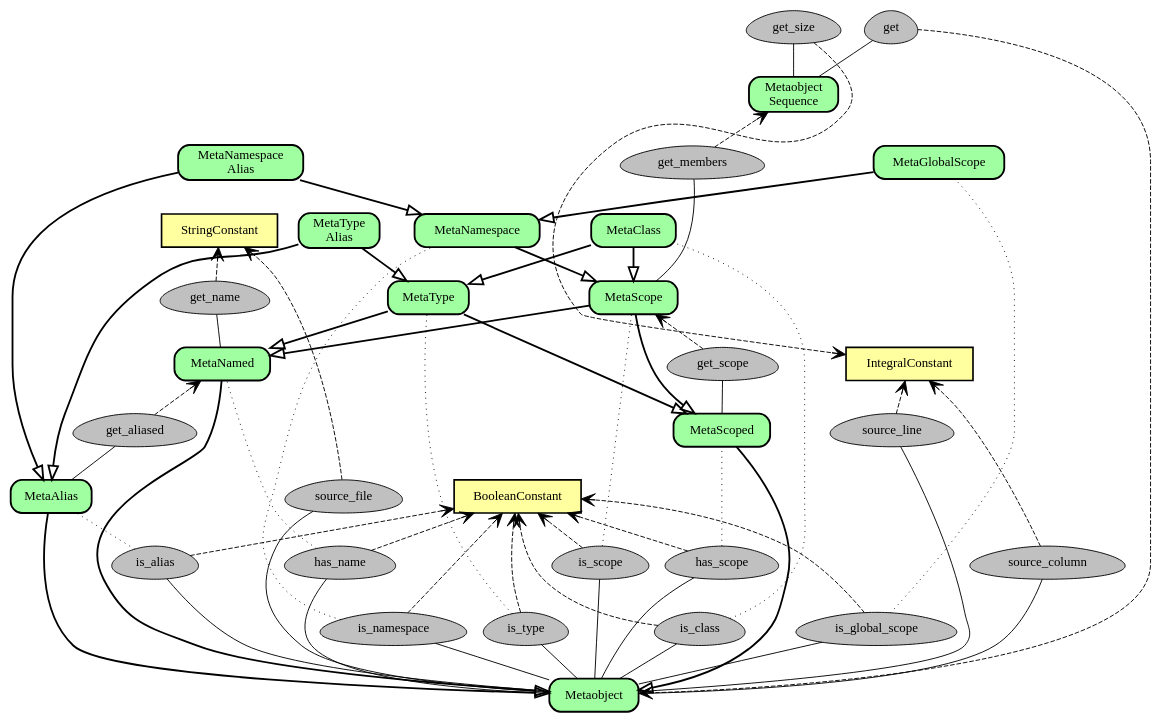
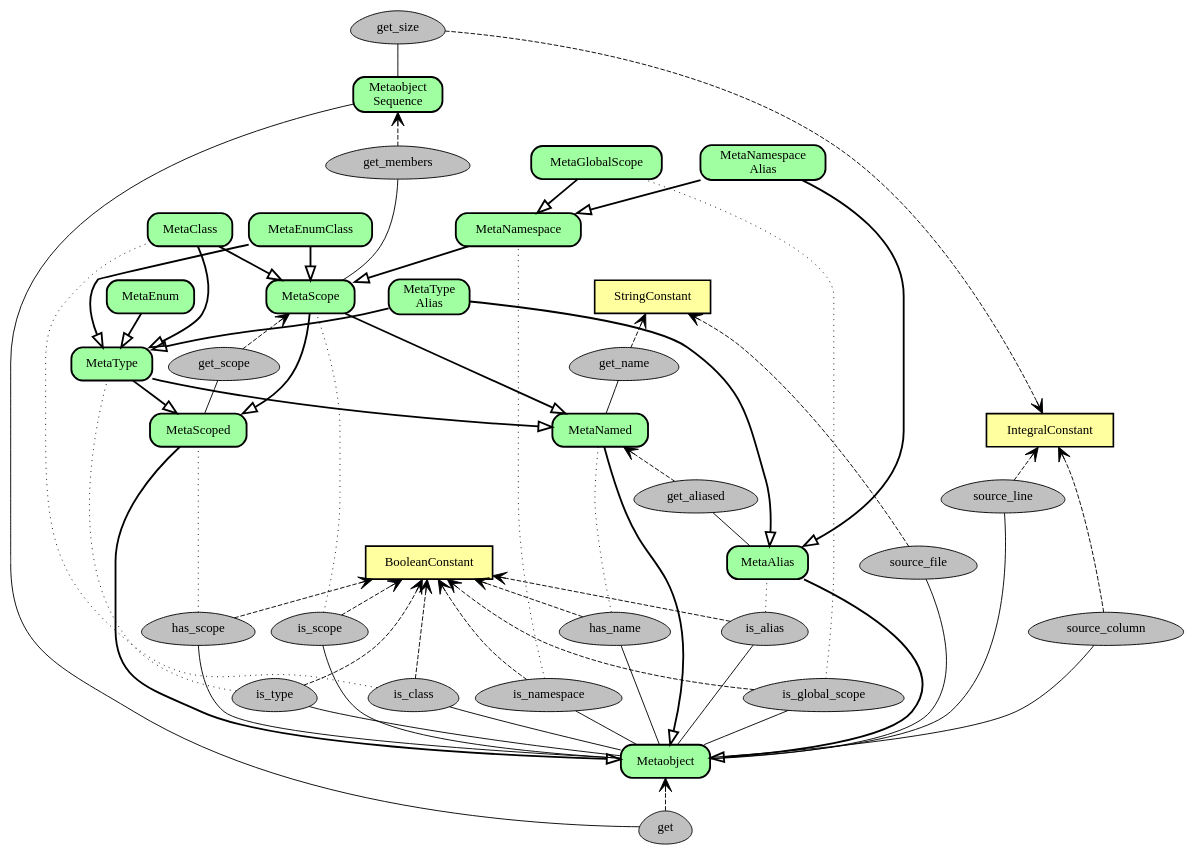
The diagram in doc/graphviz/reference.dot (matus-chochlik/std_cpp_refl), drawn with Graphviz before and after one commit.

Commit message:
Minor update in the reference

```diff
--- a/doc/graphviz/reference.dot
+++ b/doc/graphviz/reference.dot
@@ -1,139 +1,148 @@
 digraph metaobjects {
 	overlap=false
 	rankdir=BT
 	ranksep=0.5
 	maxiter=100000
 
 	subgraph {
 		node [penwidth=1.8,style="filled",shape="box",fillcolor="#ffffa0"]
 		StringConstant
 		IntegralConstant
 		BooleanConstant
 	}
 
 	node [penwidth=2,style="rounded,filled",shape="box",fillcolor="#a0ffa0"]
 	Metaobject 
 	MetaNamed
 	MetaScoped
 	MetaScope
 	MetaAlias
 	MetaNamespace
 	MetaNamespaceAlias [label="MetaNamespace\nAlias"]
 	MetaGlobalScope
 	MetaType
 	MetaTypeAlias [label="MetaType\nAlias"]
 	MetaClass
+	MetaEnum
+	MetaEnumClass
 
 	MetaobjectSequence [label="Metaobject\nSequence"]
 
 	node [penwidth=1,style="filled",shape="egg",fillcolor="#c0c0c0"]
 
 	subgraph {
 		rank=same
 		is_namespace
 		is_global_scope
 		is_type
 		is_class
 	}
 	subgraph {
 		rank=same
 		has_name
 		has_scope
 		is_scope
 		is_alias
 	}
 	subgraph {
 		source_file
 		source_line
 		source_column
 		source_file -> source_line [style="invisible",dir="none"]
 	}
 
 	is_namespace -> has_name [style="invisible",dir="none"]
 	has_name -> source_file [style="invisible",dir="none"]
 
 	get_name
 	get_scope
 	get_aliased
 	get_members
 	get_size
 	get
 
 	edge [penwidth=2,dir="both",arrowsize=1.5,arrowtail="onormal",arrowhead="none"]
 
 	Metaobject -> MetaNamed
 	Metaobject -> MetaScoped
 	Metaobject -> MetaAlias
 
 	MetaNamed -> MetaScope
 	MetaScoped -> MetaScope
 
 	MetaScope -> MetaNamespace
 	MetaNamespace -> MetaNamespaceAlias
 	MetaAlias -> MetaNamespaceAlias
 	MetaNamespace -> MetaGlobalScope
 
 	MetaNamed -> MetaType
 	MetaScoped -> MetaType
 	MetaType -> MetaTypeAlias
 	MetaAlias -> MetaTypeAlias
 
+	MetaType -> MetaScope [style="invisible",dir="none"]
+
 	MetaType -> MetaClass
 	MetaScope -> MetaClass
+
+	MetaType -> MetaEnum
+
+	MetaType -> MetaEnumClass
+	MetaScope -> MetaEnumClass
 
 	edge [penwidth=1,arrowhead="none",arrowtail="none",style="solid"]
 	Metaobject -> is_namespace
 	Metaobject -> is_global_scope
 	Metaobject -> is_type
 	Metaobject -> is_class
 	Metaobject -> has_name
 	Metaobject -> has_scope
 	Metaobject -> is_scope
 	Metaobject -> is_alias
 
 	Metaobject -> source_file
 	Metaobject -> source_line
 	Metaobject -> source_column
 
-	MetaobjectSequence -> get
+	MetaobjectSequence -> get [constraint=false]
 	MetaobjectSequence -> get_size
 	MetaNamed -> get_name
 	MetaScoped -> get_scope
 	MetaScope -> get_members
 	MetaAlias -> get_aliased
 
 	MetaClass -> get_members [style="invisible",dir="none"]
 	MetaNamespace -> get_members [style="invisible",dir="none"]
 
 	edge [penwidth=1,arrowhead="vee",style="dashed"]
 	is_namespace -> BooleanConstant
 	is_global_scope -> BooleanConstant
 	is_type -> BooleanConstant
 	is_class -> BooleanConstant
 	has_name -> BooleanConstant
 	has_scope -> BooleanConstant
 	is_scope -> BooleanConstant
 	is_alias -> BooleanConstant
 
 	source_file -> StringConstant
 	source_line -> IntegralConstant
 	source_column -> IntegralConstant
 
 	get -> Metaobject
 	get_size -> IntegralConstant [constraint=false]
 	get_name -> StringConstant
 	get_scope -> MetaScope
 	get_members -> MetaobjectSequence
 	get_aliased -> MetaNamed
 
 	edge [penwidth=1,arrowhead="none",style="dotted"]
 	is_namespace -> MetaNamespace
 	is_global_scope -> MetaGlobalScope
 	is_type -> MetaType
 	is_class -> MetaClass
 	has_name -> MetaNamed
 	has_scope -> MetaScoped
 	is_scope -> MetaScope
 	is_alias -> MetaAlias
 
 }
```
